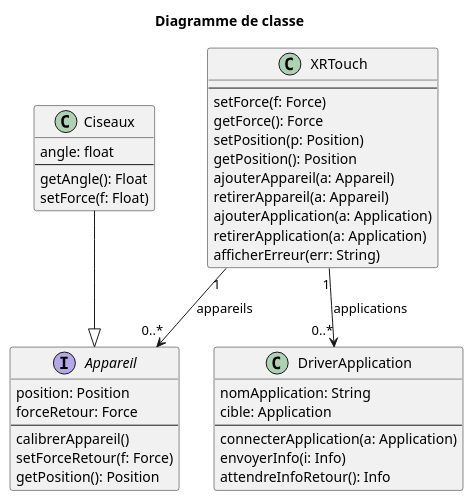
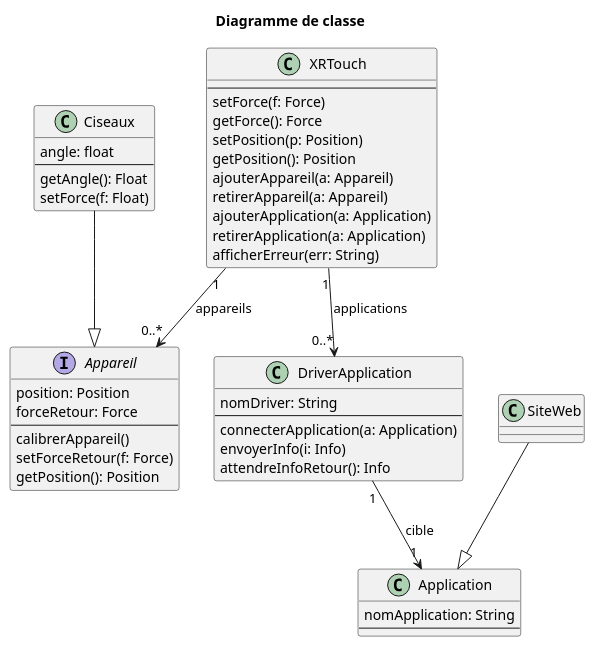
One commit to XRTouch/XRTouch changed the diagram in diag_classe.puml. Above: the diagram before and after it, drawn with PlantUML.

Commit message:
modif diagramme

```diff
--- a/diag_classe.puml
+++ b/diag_classe.puml
@@ -1,46 +1,56 @@
 @startuml diag_class
 title Diagramme de classe
 
 Interface Appareil {
     position: Position
     forceRetour: Force
     ---
     calibrerAppareil()
     setForceRetour(f: Force)
     getPosition(): Position
 }
 
 class Ciseaux {
     angle: float
     ---
     getAngle(): Float
     setForce(f: Float)
 }
 
 class XRTouch {
     ---
     setForce(f: Force)
     getForce(): Force
     setPosition(p: Position)
     getPosition(): Position
     ajouterAppareil(a: Appareil)
     retirerAppareil(a: Appareil)
     ajouterApplication(a: Application)
     retirerApplication(a: Application)
     afficherErreur(err: String)
 }
 
 class DriverApplication {
-    nomApplication: String
-    cible: Application
+    nomDriver: String
     ---
     connecterApplication(a: Application)
     envoyerInfo(i: Info)
     attendreInfoRetour(): Info
 }
 
+class Application {
+    nomApplication: String
+    ---
+}
+
+class SiteWeb {
+    
+}
+
 Ciseaux --|> Appareil
 XRTouch "1" --> "0..*" Appareil: appareils
 XRTouch "1" --> "0..*" DriverApplication: applications
+DriverApplication "1" --> "1" Application: cible
+SiteWeb --|> Application
 
 @enduml
```
